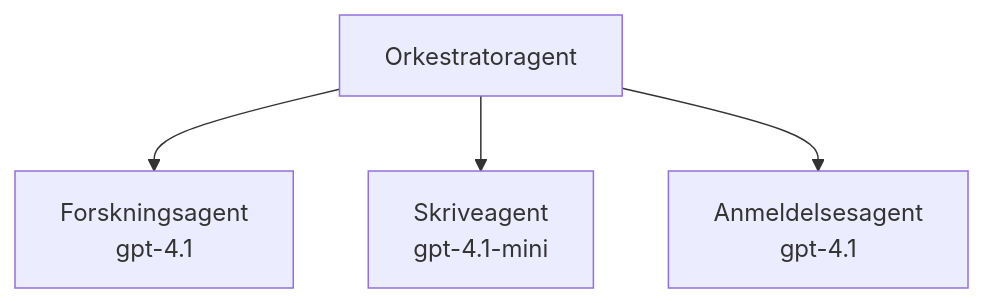
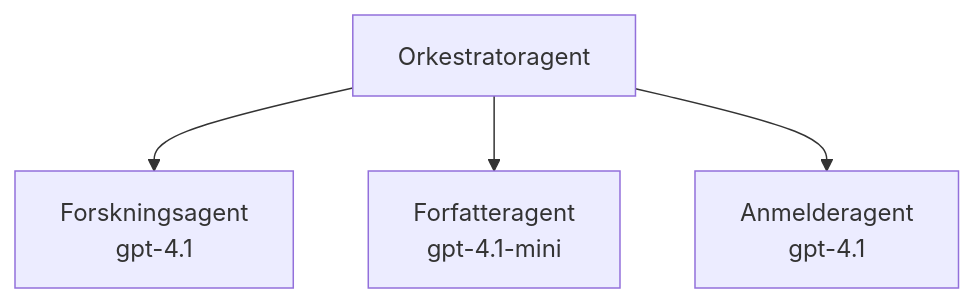
The third of 3 diagrams in translations/no/docs/chapter-02-ai-development/agents.md (microsoft/AZD-for-beginners), drawn with Mermaid before and after one commit. The commit also changed other lines of this file and 104 other files, not shown here.

````diff
--- a/translations/no/docs/chapter-02-ai-development/agents.md
+++ b/translations/no/docs/chapter-02-ai-development/agents.md
@@ -194,6 +201,6 @@
 ```mermaid
 graph TD
     Orchestrator[Orkestratoragent] --> Research[Forskningsagent<br/>gpt-4.1]
-    Orchestrator --> Writer[Skriveagent<br/>gpt-4.1-mini]
-    Orchestrator --> Reviewer[Anmeldelsesagent<br/>gpt-4.1]
+    Orchestrator --> Writer[Forfatteragent<br/>gpt-4.1-mini]
+    Orchestrator --> Reviewer[Anmelderagent<br/>gpt-4.1]
 ```
````
